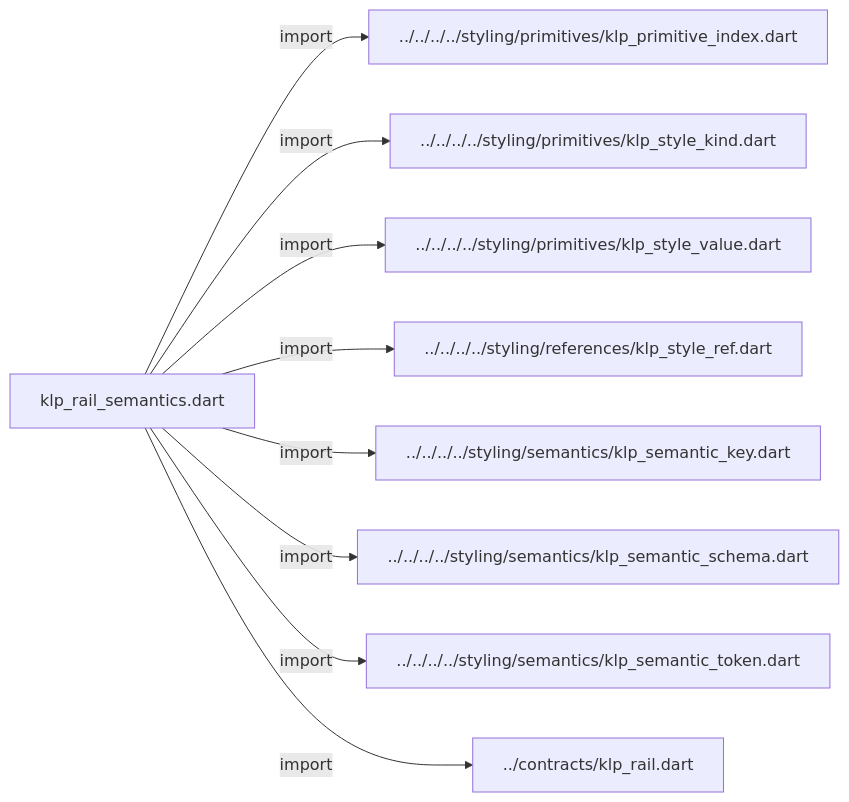
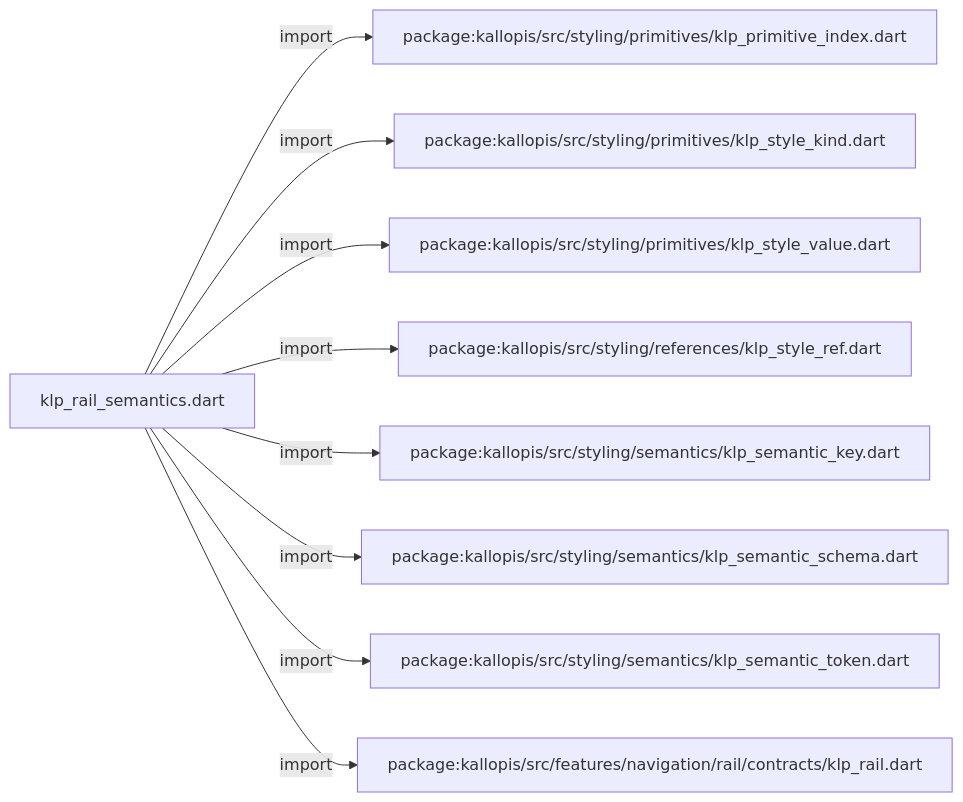
Before and after one commit to MiuDog/Kallopis: the first of 2 diagrams in docs/architecture/src/features/navigation/rail/internal/klp_rail_semantics.md, drawn with Mermaid. The commit also changed other lines of this file and 9688 other files, not shown here.

Commit message:
Prepare isolated Flow F2 peer baseline

````diff
--- a/docs/architecture/src/features/navigation/rail/internal/klp_rail_semantics.md
+++ b/docs/architecture/src/features/navigation/rail/internal/klp_rail_semantics.md
@@ -11,20 +11,20 @@
 ```mermaid
 flowchart LR
 	n0["klp_rail_semantics.dart"]
-	n1["../../../../styling/primitives/klp_primitive_index.dart"]
-	n2["../../../../styling/primitives/klp_style_kind.dart"]
-	n3["../../../../styling/primitives/klp_style_value.dart"]
-	n4["../../../../styling/references/klp_style_ref.dart"]
-	n5["../../../../styling/semantics/klp_semantic_key.dart"]
-	n6["../../../../styling/semantics/klp_semantic_schema.dart"]
-	n7["../../../../styling/semantics/klp_semantic_token.dart"]
-	n8["../contracts/klp_rail.dart"]
+	n1["package:kallopis/src/styling/primitives/klp_primitive_index.dart"]
+	n2["package:kallopis/src/styling/primitives/klp_style_kind.dart"]
+	n3["package:kallopis/src/styling/primitives/klp_style_value.dart"]
+	n4["package:kallopis/src/styling/references/klp_style_ref.dart"]
+	n5["package:kallopis/src/styling/semantics/klp_semantic_key.dart"]
+	n6["package:kallopis/src/styling/semantics/klp_semantic_schema.dart"]
+	n7["package:kallopis/src/styling/semantics/klp_semantic_token.dart"]
+	n8["package:kallopis/src/features/navigation/rail/contracts/klp_rail.dart"]
 	n0 -->|"import"| n1
 	n0 -->|"import"| n2
 	n0 -->|"import"| n3
 	n0 -->|"import"| n4
 	n0 -->|"import"| n5
 	n0 -->|"import"| n6
 	n0 -->|"import"| n7
 	n0 -->|"import"| n8
 ```
````
